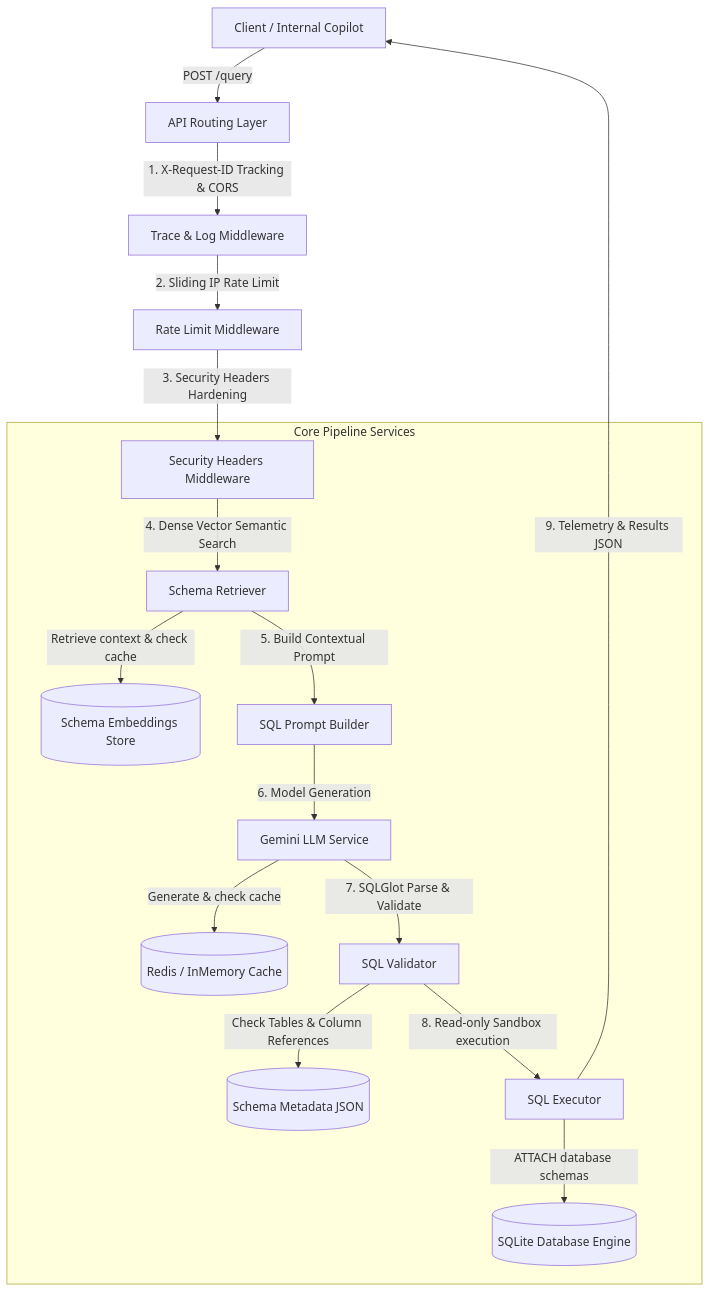
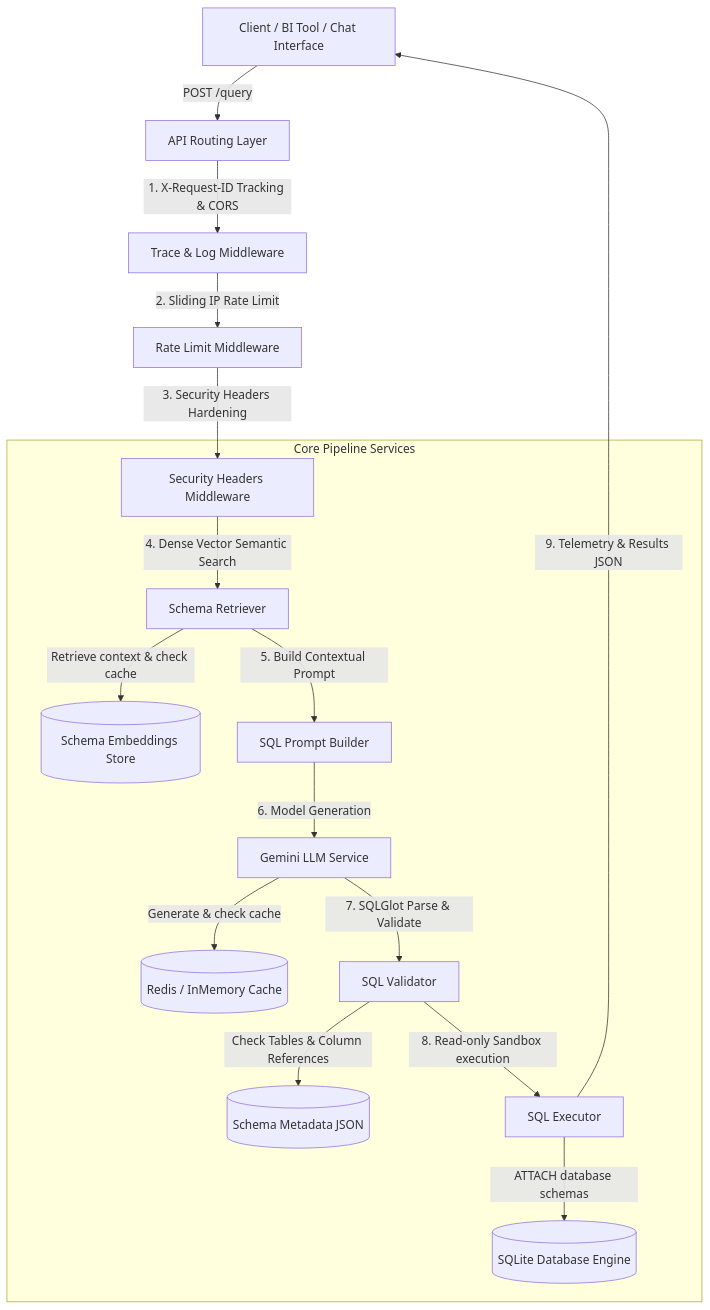
One commit to maniktyagi04/txt-to-sql changed the first of 2 diagrams in README.md. Above: the diagram before and after it, drawn with Mermaid. The commit also changed other lines of this file, not shown here.

````diff
--- a/README.md
+++ b/README.md
@@ -17,24 +18,24 @@
 ```mermaid
 graph TD
-    Client[Client / Internal Copilot] -->|POST /query| API[API Routing Layer]
+    Client[Client / BI Tool / Chat Interface] -->|POST /query| API[API Routing Layer]
     API -->|1. X-Request-ID Tracking & CORS| Trace[Trace & Log Middleware]
     Trace -->|2. Sliding IP Rate Limit| RateLimit[Rate Limit Middleware]
     RateLimit -->|3. Security Headers Hardening| Security[Security Headers Middleware]
     
     subgraph Core Pipeline Services
         Security -->|4. Dense Vector Semantic Search| Retriever[Schema Retriever]
         Retriever -->|Retrieve context & check cache| VectorStore[(Schema Embeddings Store)]
         
         Retriever -->|5. Build Contextual Prompt| Prompt[SQL Prompt Builder]
         Prompt -->|6. Model Generation| LLM[Gemini LLM Service]
         LLM -->|Generate & check cache| Redis[(Redis / InMemory Cache)]
         
         LLM -->|7. SQLGlot Parse & Validate| Validator[SQL Validator]
         Validator -->|Check Tables & Column References| Metadata[(Schema Metadata JSON)]
         
         Validator -->|8. Read-only Sandbox execution| Executor[SQL Executor]
         Executor -->|ATTACH database schemas| DB[(SQLite Database Engine)]
     end
 
     Executor -->|9. Telemetry & Results JSON| Client
 ```
````
